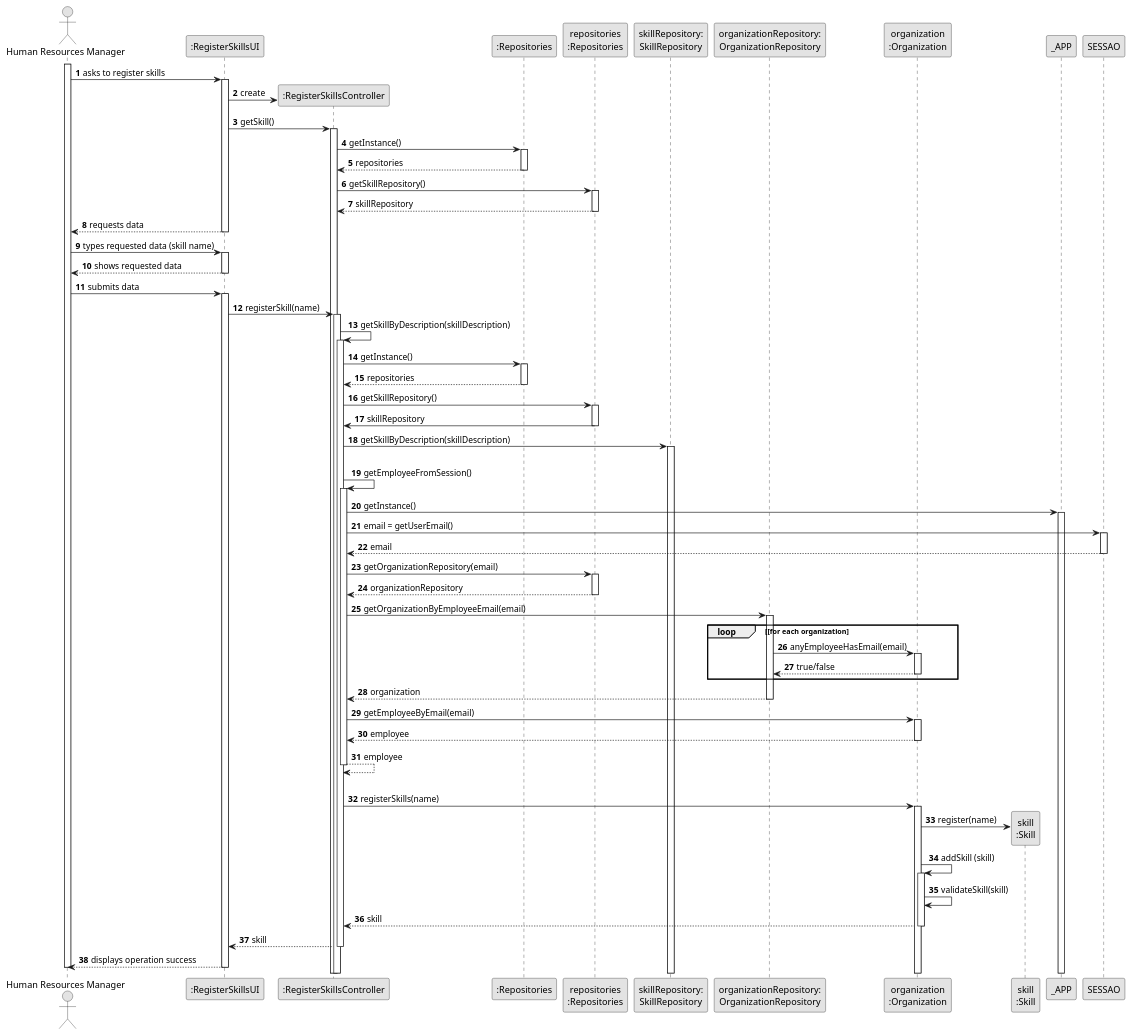
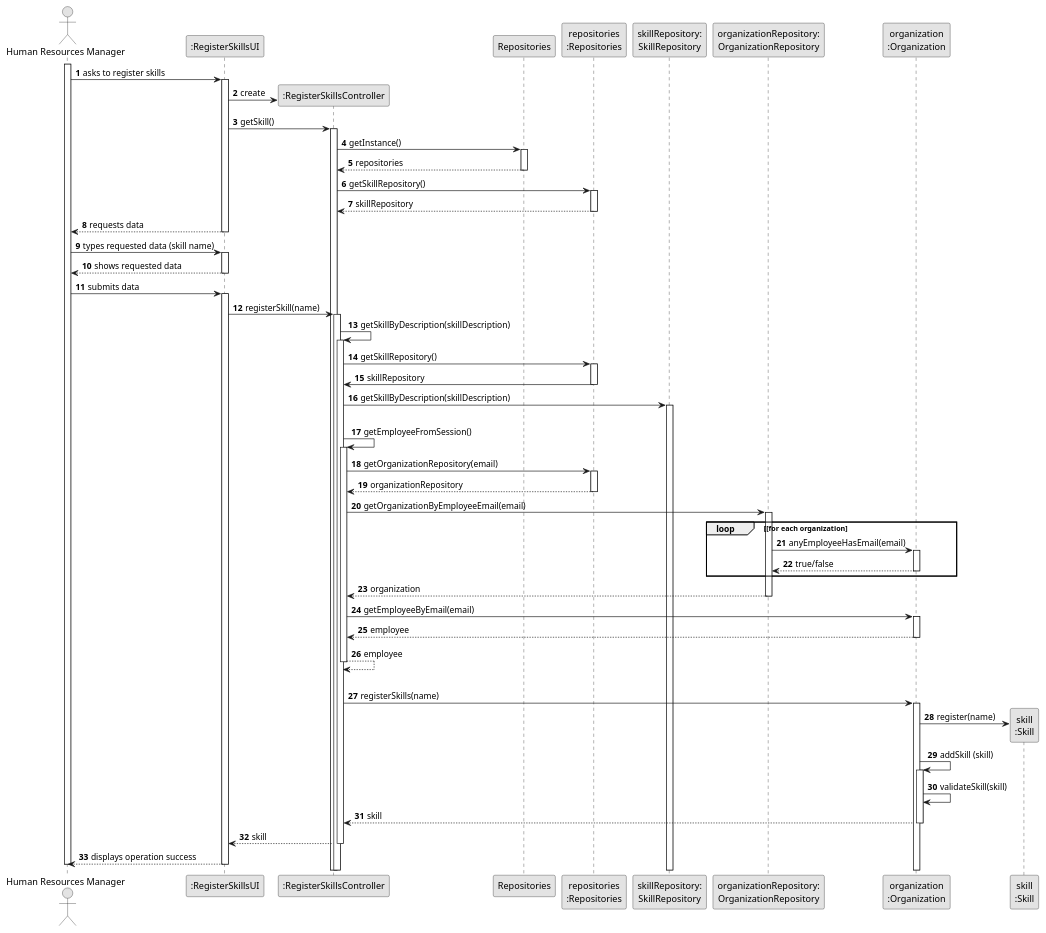
The diagram in docs/sprintB/us001/03.design/puml/us001-sequence-diagram-full.puml (Departamento-de-Engenharia-Informatica/lei-24-s2-1dl-g121), drawn with PlantUML before and after one commit.

Commit message:
us01 sd changed

```diff
--- a/docs/sprintB/us001/03.design/puml/us001-sequence-diagram-full.puml
+++ b/docs/sprintB/us001/03.design/puml/us001-sequence-diagram-full.puml
@@ -1,174 +1,174 @@
 @startuml
 skinparam monochrome true
 skinparam packageStyle rectangle
 skinparam shadowing false
 
 autonumber
 
 'hide footbox
 actor "Human Resources Manager" as ADM
 participant ":RegisterSkillsUI" as UI
 participant ":RegisterSkillsController" as CTRL
-participant ":Repositories" as RepositorySingleton
+participant "Repositories" as RepositorySingleton
 participant "repositories\n:Repositories" as PLAT
 participant "skillRepository:\nSkillRepository" as SkillRepository
 'participant ":ApplicationSession" as _APP
 'participant "appSession\n:ApplicationSession" as APP
 'participant "currentSession\n:UserSession" as SESSAO
 participant "organizationRepository:\nOrganizationRepository" as OrganizationRepository
 participant "organization\n:Organization" as ORG
 participant "skill\n:Skill" as SKILL
 
 activate ADM
 
         ADM -> UI : asks to register skills
 
         activate UI
 
             'UI --> ADM : requests data (i.e. skill name, description)
             'create CTRL
             UI -> CTRL** : create
 
             UI -> CTRL : getSkill()
             activate CTRL
 
                 CTRL -> RepositorySingleton : getInstance()
                 activate RepositorySingleton
 
                     RepositorySingleton --> CTRL: repositories
                 deactivate RepositorySingleton
 
                 CTRL -> PLAT : getSkillRepository()
                 activate PLAT
 
                     PLAT --> CTRL: skillRepository
                 deactivate PLAT
 
 '                CTRL -> SkillRepository : getSkill()
 '                activate SkillRepository
 '
 '                    SkillRepository --> CTRL : skillCategoryList
 '                deactivate SkillRepository
 '
 '                CTRL --> UI : skillCategoryList
 '            deactivate CTRL
 '
 '            UI --> ADM : shows skill category list\n and asks to select one
 '        deactivate UI
 '
 '    ADM -> UI : selects a skill category
 '    activate UI
 
         UI --> ADM : requests data
     deactivate UI
 
     ADM -> UI : types requested data (skill name)
     activate UI
 
         UI --> ADM : shows requested data
     deactivate UI
 
     ADM -> UI : submits data
     activate UI
 
         UI -> CTRL : registerSkill(name)
         activate CTRL
 
             CTRL -> CTRL : getSkillByDescription(skillDescription)
             activate CTRL
 
-                CTRL -> RepositorySingleton : getInstance()
-                activate RepositorySingleton
-
-                    RepositorySingleton --> CTRL: repositories
-                deactivate RepositorySingleton
+'                CTRL -> RepositorySingleton : getInstance()
+'                activate RepositorySingleton
+'
+'                    RepositorySingleton --> CTRL: repositories
+'                deactivate RepositorySingleton
 
                 CTRL -> PLAT : getSkillRepository()
                 activate PLAT
 
                     PLAT -> CTRL : skillRepository
                 deactivate PLAT
 
                 CTRL -> SkillRepository : getSkillByDescription(skillDescription)
                 activate SkillRepository
 
 '                    SkillRepository --> CTRL : skillCategory
 '                deactivate SkillRepository
 '                    CTRL --> CTRL : skillCategory
 '            deactivate CTRL
 
             |||
             CTRL -> CTRL : getEmployeeFromSession()
             activate CTRL
 
-                CTRL -> _APP: getInstance()
-                activate _APP
+'                CTRL -> _APP: getInstance()
+                'activate _APP
                  '   _APP -> CTRL: appSession
                 'deactivate _APP
 
 
                 'CTRL -> APP: getCurrentSession()
                ' activate APP
 
                   '  APP --> CTRL: currentSession
                 'deactivate APP
 
-                CTRL -> SESSAO: email = getUserEmail()
-                activate SESSAO
-
-                    SESSAO --> CTRL: email
-                deactivate SESSAO
+'                CTRL -> SESSAO: email = getUserEmail()
+'                'activate SESSAO
+'
+'                    SESSAO --> CTRL: email
+'                'activate SESSAO
 
 
                 CTRL -> PLAT: getOrganizationRepository(email)
                 activate PLAT
 
                     PLAT --> CTRL: organizationRepository
                 deactivate PLAT
 
 
                 CTRL -> OrganizationRepository: getOrganizationByEmployeeEmail(email)
                 activate OrganizationRepository
 
                     loop [for each organization
                         OrganizationRepository -> ORG : anyEmployeeHasEmail(email)
                         activate ORG
 
                              ORG --> OrganizationRepository : true/false
                         deactivate ORG
                     end
                     OrganizationRepository --> CTRL : organization
                 deactivate OrganizationRepository
 
                 CTRL -> ORG: getEmployeeByEmail(email)
                 activate ORG
 
                     ORG --> CTRL : employee
                 deactivate ORG
 
                 CTRL --> CTRL : employee
             deactivate CTRL
 
             |||
             CTRL -> ORG: registerSkills(name)
             activate ORG
 
                 ORG -> SKILL**: register(name)
                 ORG -> ORG: addSkill (skill)
 
 
                 activate ORG
                     ORG -> ORG: validateSkill(skill)
 
                 ORG --> CTRL : skill
 
             deactivate ORG
 
             CTRL --> UI: skill
             deactivate CTRL
             UI --> ADM: displays operation success
     deactivate UI
 
 deactivate ADM
 
 @enduml
```
